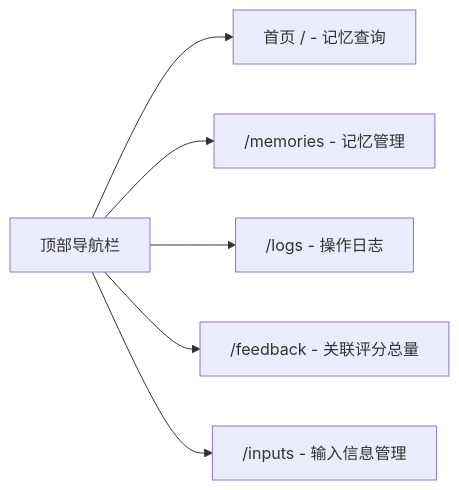
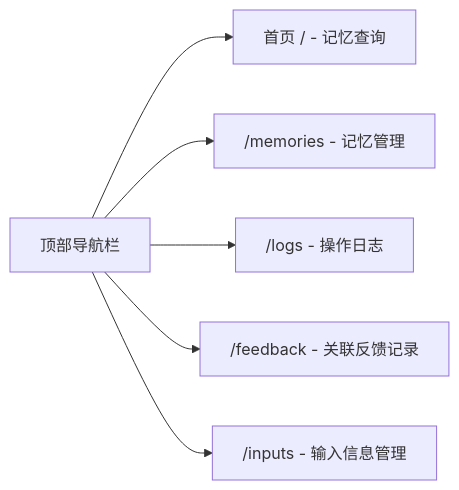
Before and after one commit to SevenLv/air_memory: the first of 3 diagrams in doc/user_guide_v2.0.md, drawn with Mermaid. The commit also changed other lines of this file and 3 other files, not shown here.

````diff
--- a/doc/user_guide_v2.0.md
+++ b/doc/user_guide_v2.0.md
@@ -38,8 +38,8 @@
 ```mermaid
 graph LR
     Nav["顶部导航栏"] --> Home["首页 / - 记忆查询"]
     Nav --> Memories["/memories - 记忆管理"]
     Nav --> Logs["/logs - 操作日志"]
-    Nav --> Feedback["/feedback - 关联评分总量"]
+    Nav --> Feedback["/feedback - 关联反馈记录"]
     Nav --> Inputs["/inputs - 输入信息管理"]
 ```
````
